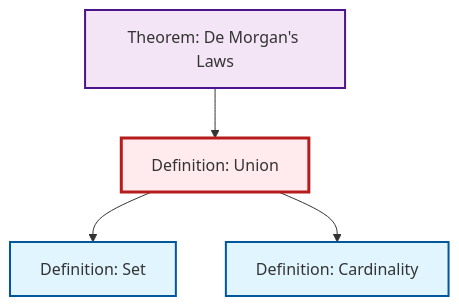
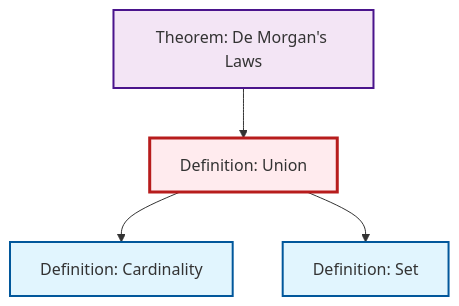
One commit to RK0429/ModernMath changed the diagram in content/en/logic-set-theory/def-union.qmd. Above: the diagram before and after it, drawn with Mermaid. The commit also changed other lines of this file and 328 other files, not shown here.

````diff
--- a/content/en/logic-set-theory/def-union.qmd
+++ b/content/en/logic-set-theory/def-union.qmd
@@ -54,20 +54,20 @@
 ```{mermaid}
 %%| fig-cap: "Local dependency graph"
 graph TD
     classDef definition fill:#e1f5fe,stroke:#01579b,stroke-width:2px
     classDef theorem fill:#f3e5f5,stroke:#4a148c,stroke-width:2px
     classDef axiom fill:#fff3e0,stroke:#e65100,stroke-width:2px
     classDef example fill:#e8f5e9,stroke:#1b5e20,stroke-width:2px
     classDef current fill:#ffebee,stroke:#b71c1c,stroke-width:3px
     def-set["Definition: Set"]:::definition
     thm-de-morgan["Theorem: De Morgan's Laws"]:::theorem
     def-union["Definition: Union"]:::definition
     def-cardinality["Definition: Cardinality"]:::definition
     thm-de-morgan --> def-union
+    def-union --> def-cardinality
     def-union --> def-set
-    def-union --> def-cardinality
     class def-union current
     click def-set "def-set.html" "Go to Set definition"
     click thm-de-morgan "thm-de-morgan.html" "Go to De Morgan's Laws theorem"
     click def-cardinality "def-cardinality.html" "Go to Cardinality definition"
 ```
````
